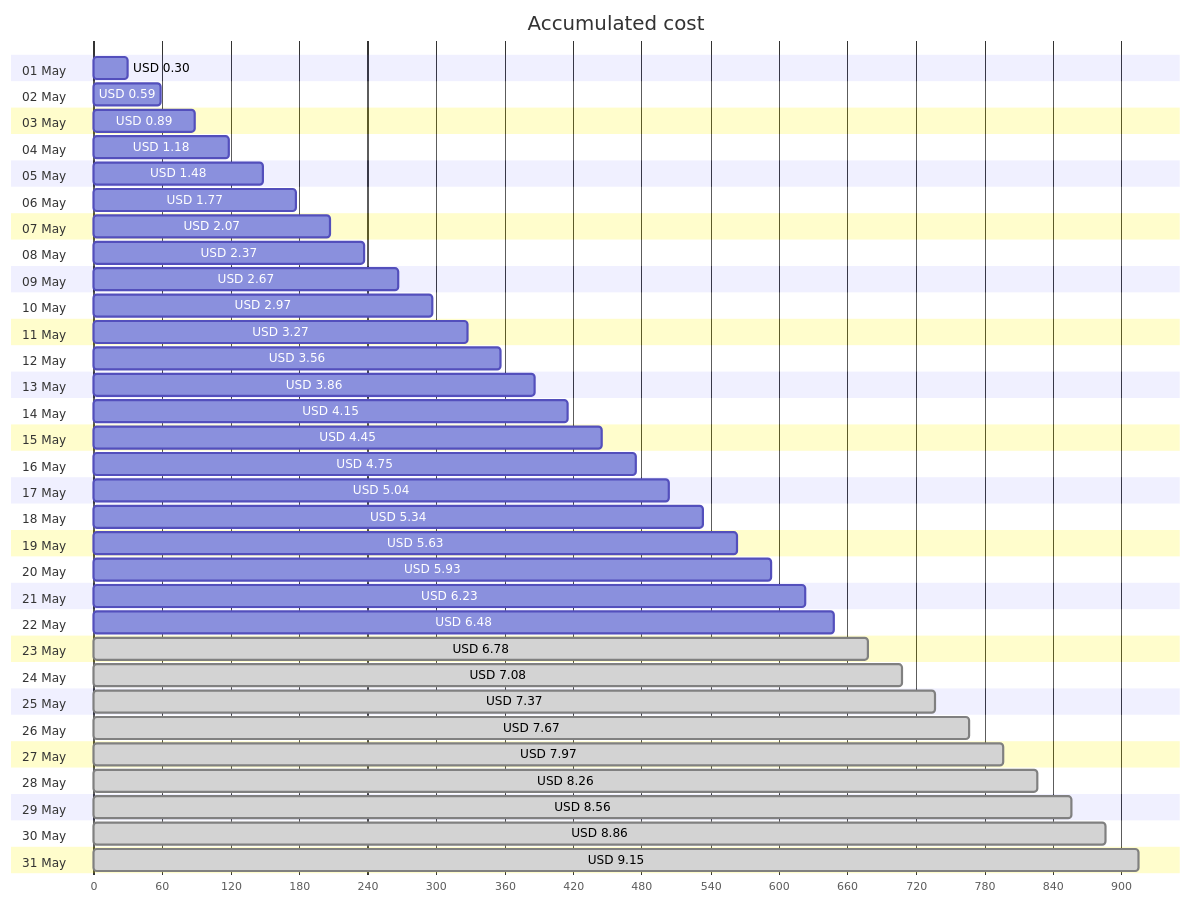
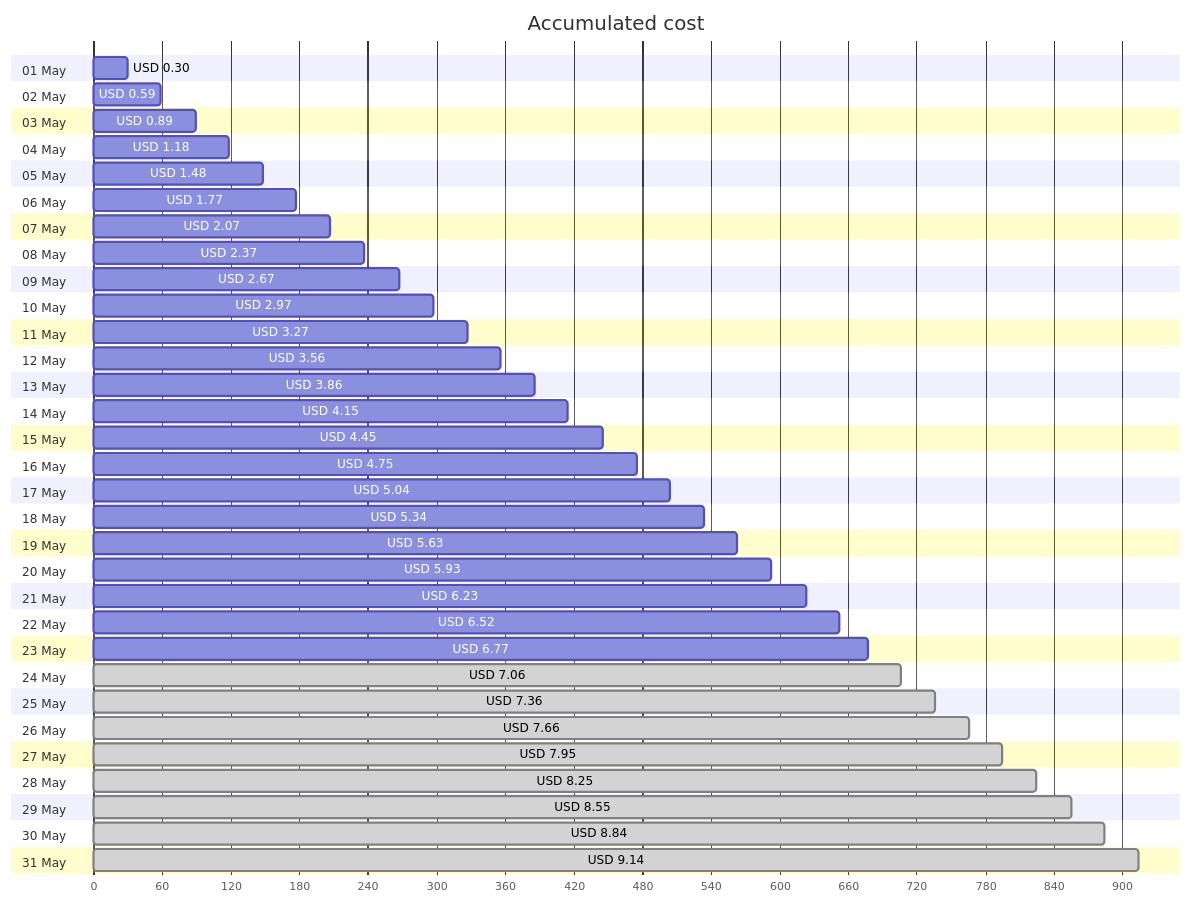
Before and after one commit to jpfulton/azure-personal-reports: the first of 4 diagrams in cost-reports/personal-site/personal-site-preview.md, drawn with Mermaid. The commit also changed other lines of this file and 6 other files, not shown here.

````diff
--- a/cost-reports/personal-site/personal-site-preview.md
+++ b/cost-reports/personal-site/personal-site-preview.md
@@ -20,68 +20,68 @@
 ```mermaid
 gantt
    title Accumulated cost
    dateFormat  X
    axisFormat %s
    section 01 May
    USD 0.30 :0, 30
    section 02 May
    USD 0.59 :0, 59
    section 03 May
    USD 0.89 :0, 89
    section 04 May
    USD 1.18 :0, 118
    section 05 May
    USD 1.48 :0, 148
    section 06 May
    USD 1.77 :0, 177
    section 07 May
    USD 2.07 :0, 207
    section 08 May
    USD 2.37 :0, 237
    section 09 May
    USD 2.67 :0, 267
    section 10 May
    USD 2.97 :0, 297
    section 11 May
    USD 3.27 :0, 327
    section 12 May
    USD 3.56 :0, 356
    section 13 May
    USD 3.86 :0, 386
    section 14 May
    USD 4.15 :0, 415
    section 15 May
    USD 4.45 :0, 445
    section 16 May
    USD 4.75 :0, 475
    section 17 May
    USD 5.04 :0, 504
    section 18 May
    USD 5.34 :0, 534
    section 19 May
    USD 5.63 :0, 563
    section 20 May
    USD 5.93 :0, 593
    section 21 May
    USD 6.23 :0, 623
    section 22 May
-   USD 6.48 :0, 648
+   USD 6.52 :0, 652
    section 23 May
-   USD 6.78 : done, 0, 678
+   USD 6.77 :0, 677
    section 24 May
-   USD 7.08 : done, 0, 708
+   USD 7.06 : done, 0, 706
    section 25 May
-   USD 7.37 : done, 0, 737
+   USD 7.36 : done, 0, 736
    section 26 May
-   USD 7.67 : done, 0, 767
+   USD 7.66 : done, 0, 766
    section 27 May
-   USD 7.97 : done, 0, 797
+   USD 7.95 : done, 0, 795
    section 28 May
-   USD 8.26 : done, 0, 826
+   USD 8.25 : done, 0, 825
    section 29 May
-   USD 8.56 : done, 0, 856
+   USD 8.55 : done, 0, 855
    section 30 May
-   USD 8.86 : done, 0, 886
+   USD 8.84 : done, 0, 884
    section 31 May
-   USD 9.15 : done, 0, 915
+   USD 9.14 : done, 0, 914
 ```
````
